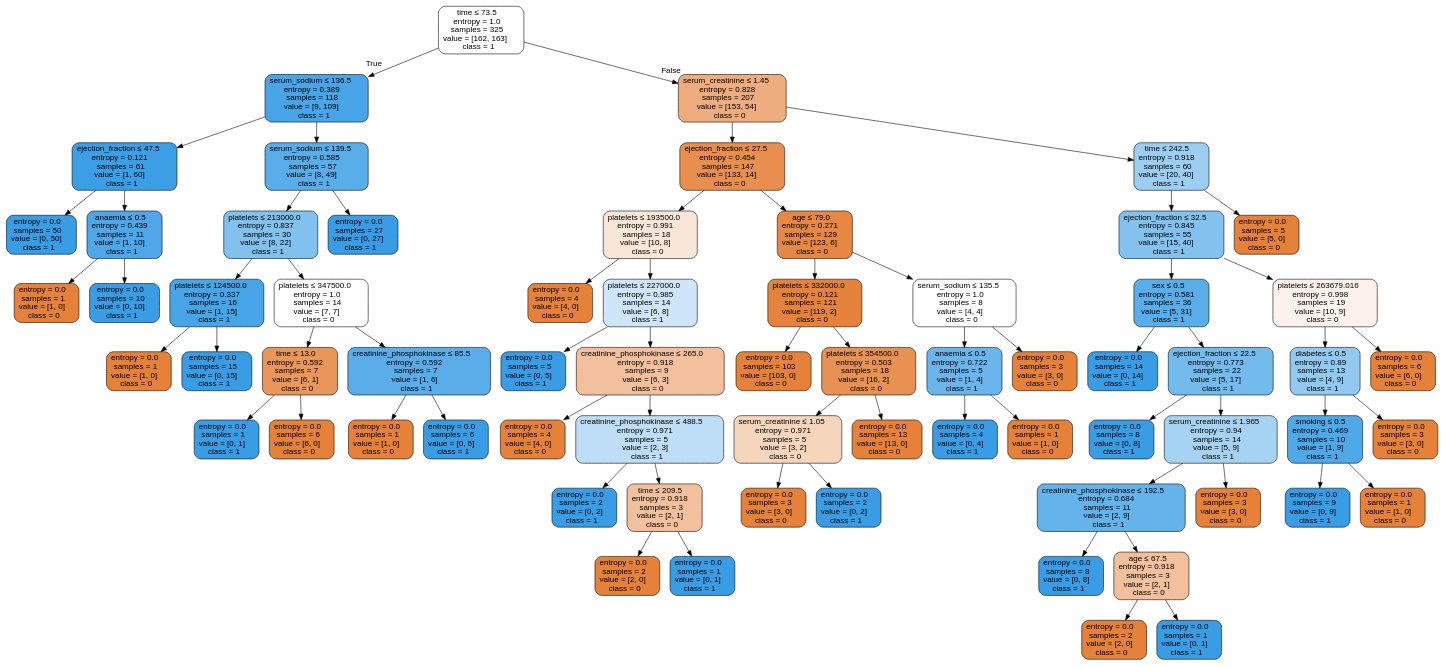
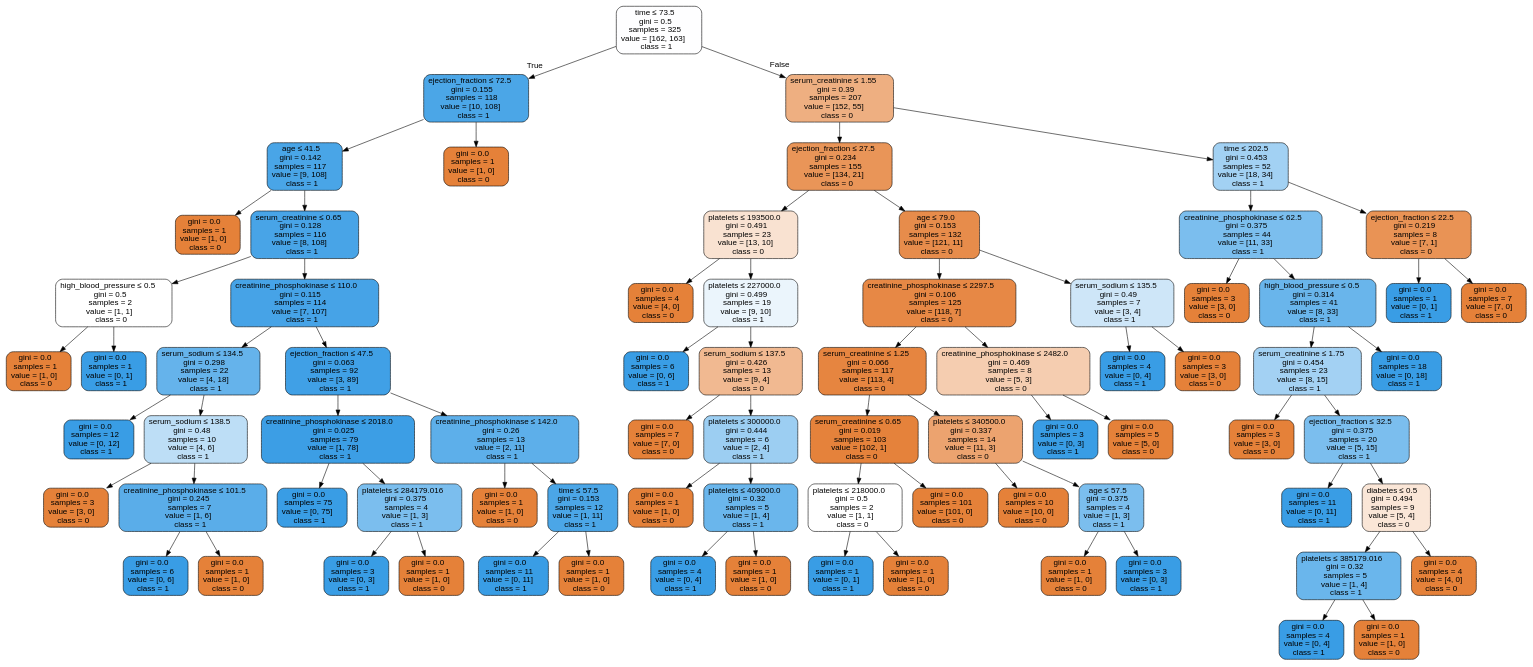
The diagram in Labs/NewClassifiers/Results/DecisionTrees/SMOTE/First/HFCR - SMOTE - dtree.dot (isabelSoares/CD-2021), drawn with Graphviz before and after one commit. The commit also changed 206 other files, not shown here.

```diff
--- a/Labs/NewClassifiers/Results/DecisionTrees/SMOTE/First/HFCR - SMOTE - dtree.dot
+++ b/Labs/NewClassifiers/Results/DecisionTrees/SMOTE/First/HFCR - SMOTE - dtree.dot
@@ -1,137 +1,157 @@
 digraph Tree {
 node [shape=box, style="filled, rounded", color="black", fontname=helvetica] ;
 edge [fontname=helvetica] ;
-0 [label=<time &le; 73.5<br/>entropy = 1.0<br/>samples = 325<br/>value = [162, 163]<br/>class = 1>, fillcolor="#fefeff"] ;
-1 [label=<serum_sodium &le; 136.5<br/>entropy = 0.389<br/>samples = 118<br/>value = [9, 109]<br/>class = 1>, fillcolor="#49a5e7"] ;
+0 [label=<time &le; 73.5<br/>gini = 0.5<br/>samples = 325<br/>value = [162, 163]<br/>class = 1>, fillcolor="#fefeff"] ;
+1 [label=<ejection_fraction &le; 72.5<br/>gini = 0.155<br/>samples = 118<br/>value = [10, 108]<br/>class = 1>, fillcolor="#4ba6e7"] ;
 0 -> 1 [labeldistance=2.5, labelangle=45, headlabel="True"] ;
-2 [label=<ejection_fraction &le; 47.5<br/>entropy = 0.121<br/>samples = 61<br/>value = [1, 60]<br/>class = 1>, fillcolor="#3c9fe5"] ;
+2 [label=<age &le; 41.5<br/>gini = 0.142<br/>samples = 117<br/>value = [9, 108]<br/>class = 1>, fillcolor="#49a5e7"] ;
 1 -> 2 ;
-3 [label=<entropy = 0.0<br/>samples = 50<br/>value = [0, 50]<br/>class = 1>, fillcolor="#399de5"] ;
+3 [label=<gini = 0.0<br/>samples = 1<br/>value = [1, 0]<br/>class = 0>, fillcolor="#e58139"] ;
 2 -> 3 ;
-4 [label=<anaemia &le; 0.5<br/>entropy = 0.439<br/>samples = 11<br/>value = [1, 10]<br/>class = 1>, fillcolor="#4da7e8"] ;
+4 [label=<serum_creatinine &le; 0.65<br/>gini = 0.128<br/>samples = 116<br/>value = [8, 108]<br/>class = 1>, fillcolor="#48a4e7"] ;
 2 -> 4 ;
-5 [label=<entropy = 0.0<br/>samples = 1<br/>value = [1, 0]<br/>class = 0>, fillcolor="#e58139"] ;
+5 [label=<high_blood_pressure &le; 0.5<br/>gini = 0.5<br/>samples = 2<br/>value = [1, 1]<br/>class = 0>, fillcolor="#ffffff"] ;
 4 -> 5 ;
-6 [label=<entropy = 0.0<br/>samples = 10<br/>value = [0, 10]<br/>class = 1>, fillcolor="#399de5"] ;
-4 -> 6 ;
-7 [label=<serum_sodium &le; 139.5<br/>entropy = 0.585<br/>samples = 57<br/>value = [8, 49]<br/>class = 1>, fillcolor="#59ade9"] ;
-1 -> 7 ;
-8 [label=<platelets &le; 213000.0<br/>entropy = 0.837<br/>samples = 30<br/>value = [8, 22]<br/>class = 1>, fillcolor="#81c1ee"] ;
-7 -> 8 ;
-9 [label=<platelets &le; 124500.0<br/>entropy = 0.337<br/>samples = 16<br/>value = [1, 15]<br/>class = 1>, fillcolor="#46a4e7"] ;
+6 [label=<gini = 0.0<br/>samples = 1<br/>value = [1, 0]<br/>class = 0>, fillcolor="#e58139"] ;
+5 -> 6 ;
+7 [label=<gini = 0.0<br/>samples = 1<br/>value = [0, 1]<br/>class = 1>, fillcolor="#399de5"] ;
+5 -> 7 ;
+8 [label=<creatinine_phosphokinase &le; 110.0<br/>gini = 0.115<br/>samples = 114<br/>value = [7, 107]<br/>class = 1>, fillcolor="#46a3e7"] ;
+4 -> 8 ;
+9 [label=<serum_sodium &le; 134.5<br/>gini = 0.298<br/>samples = 22<br/>value = [4, 18]<br/>class = 1>, fillcolor="#65b3eb"] ;
 8 -> 9 ;
-10 [label=<entropy = 0.0<br/>samples = 1<br/>value = [1, 0]<br/>class = 0>, fillcolor="#e58139"] ;
+10 [label=<gini = 0.0<br/>samples = 12<br/>value = [0, 12]<br/>class = 1>, fillcolor="#399de5"] ;
 9 -> 10 ;
-11 [label=<entropy = 0.0<br/>samples = 15<br/>value = [0, 15]<br/>class = 1>, fillcolor="#399de5"] ;
+11 [label=<serum_sodium &le; 138.5<br/>gini = 0.48<br/>samples = 10<br/>value = [4, 6]<br/>class = 1>, fillcolor="#bddef6"] ;
 9 -> 11 ;
-12 [label=<platelets &le; 347500.0<br/>entropy = 1.0<br/>samples = 14<br/>value = [7, 7]<br/>class = 0>, fillcolor="#ffffff"] ;
-8 -> 12 ;
-13 [label=<time &le; 13.0<br/>entropy = 0.592<br/>samples = 7<br/>value = [6, 1]<br/>class = 0>, fillcolor="#e9965a"] ;
-12 -> 13 ;
-14 [label=<entropy = 0.0<br/>samples = 1<br/>value = [0, 1]<br/>class = 1>, fillcolor="#399de5"] ;
+12 [label=<gini = 0.0<br/>samples = 3<br/>value = [3, 0]<br/>class = 0>, fillcolor="#e58139"] ;
+11 -> 12 ;
+13 [label=<creatinine_phosphokinase &le; 101.5<br/>gini = 0.245<br/>samples = 7<br/>value = [1, 6]<br/>class = 1>, fillcolor="#5aade9"] ;
+11 -> 13 ;
+14 [label=<gini = 0.0<br/>samples = 6<br/>value = [0, 6]<br/>class = 1>, fillcolor="#399de5"] ;
 13 -> 14 ;
-15 [label=<entropy = 0.0<br/>samples = 6<br/>value = [6, 0]<br/>class = 0>, fillcolor="#e58139"] ;
+15 [label=<gini = 0.0<br/>samples = 1<br/>value = [1, 0]<br/>class = 0>, fillcolor="#e58139"] ;
 13 -> 15 ;
-16 [label=<creatinine_phosphokinase &le; 85.5<br/>entropy = 0.592<br/>samples = 7<br/>value = [1, 6]<br/>class = 1>, fillcolor="#5aade9"] ;
-12 -> 16 ;
-17 [label=<entropy = 0.0<br/>samples = 1<br/>value = [1, 0]<br/>class = 0>, fillcolor="#e58139"] ;
+16 [label=<ejection_fraction &le; 47.5<br/>gini = 0.063<br/>samples = 92<br/>value = [3, 89]<br/>class = 1>, fillcolor="#40a0e6"] ;
+8 -> 16 ;
+17 [label=<creatinine_phosphokinase &le; 2018.0<br/>gini = 0.025<br/>samples = 79<br/>value = [1, 78]<br/>class = 1>, fillcolor="#3c9ee5"] ;
 16 -> 17 ;
-18 [label=<entropy = 0.0<br/>samples = 6<br/>value = [0, 6]<br/>class = 1>, fillcolor="#399de5"] ;
-16 -> 18 ;
-19 [label=<entropy = 0.0<br/>samples = 27<br/>value = [0, 27]<br/>class = 1>, fillcolor="#399de5"] ;
-7 -> 19 ;
-20 [label=<serum_creatinine &le; 1.45<br/>entropy = 0.828<br/>samples = 207<br/>value = [153, 54]<br/>class = 0>, fillcolor="#eead7f"] ;
-0 -> 20 [labeldistance=2.5, labelangle=-45, headlabel="False"] ;
-21 [label=<ejection_fraction &le; 27.5<br/>entropy = 0.454<br/>samples = 147<br/>value = [133, 14]<br/>class = 0>, fillcolor="#e88e4e"] ;
-20 -> 21 ;
-22 [label=<platelets &le; 193500.0<br/>entropy = 0.991<br/>samples = 18<br/>value = [10, 8]<br/>class = 0>, fillcolor="#fae6d7"] ;
-21 -> 22 ;
-23 [label=<entropy = 0.0<br/>samples = 4<br/>value = [4, 0]<br/>class = 0>, fillcolor="#e58139"] ;
+18 [label=<gini = 0.0<br/>samples = 75<br/>value = [0, 75]<br/>class = 1>, fillcolor="#399de5"] ;
+17 -> 18 ;
+19 [label=<platelets &le; 284179.016<br/>gini = 0.375<br/>samples = 4<br/>value = [1, 3]<br/>class = 1>, fillcolor="#7bbeee"] ;
+17 -> 19 ;
+20 [label=<gini = 0.0<br/>samples = 3<br/>value = [0, 3]<br/>class = 1>, fillcolor="#399de5"] ;
+19 -> 20 ;
+21 [label=<gini = 0.0<br/>samples = 1<br/>value = [1, 0]<br/>class = 0>, fillcolor="#e58139"] ;
+19 -> 21 ;
+22 [label=<creatinine_phosphokinase &le; 142.0<br/>gini = 0.26<br/>samples = 13<br/>value = [2, 11]<br/>class = 1>, fillcolor="#5dafea"] ;
+16 -> 22 ;
+23 [label=<gini = 0.0<br/>samples = 1<br/>value = [1, 0]<br/>class = 0>, fillcolor="#e58139"] ;
 22 -> 23 ;
-24 [label=<platelets &le; 227000.0<br/>entropy = 0.985<br/>samples = 14<br/>value = [6, 8]<br/>class = 1>, fillcolor="#cee6f8"] ;
+24 [label=<time &le; 57.5<br/>gini = 0.153<br/>samples = 12<br/>value = [1, 11]<br/>class = 1>, fillcolor="#4ba6e7"] ;
 22 -> 24 ;
-25 [label=<entropy = 0.0<br/>samples = 5<br/>value = [0, 5]<br/>class = 1>, fillcolor="#399de5"] ;
+25 [label=<gini = 0.0<br/>samples = 11<br/>value = [0, 11]<br/>class = 1>, fillcolor="#399de5"] ;
 24 -> 25 ;
-26 [label=<creatinine_phosphokinase &le; 265.0<br/>entropy = 0.918<br/>samples = 9<br/>value = [6, 3]<br/>class = 0>, fillcolor="#f2c09c"] ;
+26 [label=<gini = 0.0<br/>samples = 1<br/>value = [1, 0]<br/>class = 0>, fillcolor="#e58139"] ;
 24 -> 26 ;
-27 [label=<entropy = 0.0<br/>samples = 4<br/>value = [4, 0]<br/>class = 0>, fillcolor="#e58139"] ;
-26 -> 27 ;
-28 [label=<creatinine_phosphokinase &le; 488.5<br/>entropy = 0.971<br/>samples = 5<br/>value = [2, 3]<br/>class = 1>, fillcolor="#bddef6"] ;
-26 -> 28 ;
-29 [label=<entropy = 0.0<br/>samples = 2<br/>value = [0, 2]<br/>class = 1>, fillcolor="#399de5"] ;
+27 [label=<gini = 0.0<br/>samples = 1<br/>value = [1, 0]<br/>class = 0>, fillcolor="#e58139"] ;
+1 -> 27 ;
+28 [label=<serum_creatinine &le; 1.55<br/>gini = 0.39<br/>samples = 207<br/>value = [152, 55]<br/>class = 0>, fillcolor="#eeaf81"] ;
+0 -> 28 [labeldistance=2.5, labelangle=-45, headlabel="False"] ;
+29 [label=<ejection_fraction &le; 27.5<br/>gini = 0.234<br/>samples = 155<br/>value = [134, 21]<br/>class = 0>, fillcolor="#e99558"] ;
 28 -> 29 ;
-30 [label=<time &le; 209.5<br/>entropy = 0.918<br/>samples = 3<br/>value = [2, 1]<br/>class = 0>, fillcolor="#f2c09c"] ;
-28 -> 30 ;
-31 [label=<entropy = 0.0<br/>samples = 2<br/>value = [2, 0]<br/>class = 0>, fillcolor="#e58139"] ;
+30 [label=<platelets &le; 193500.0<br/>gini = 0.491<br/>samples = 23<br/>value = [13, 10]<br/>class = 0>, fillcolor="#f9e2d1"] ;
+29 -> 30 ;
+31 [label=<gini = 0.0<br/>samples = 4<br/>value = [4, 0]<br/>class = 0>, fillcolor="#e58139"] ;
 30 -> 31 ;
-32 [label=<entropy = 0.0<br/>samples = 1<br/>value = [0, 1]<br/>class = 1>, fillcolor="#399de5"] ;
+32 [label=<platelets &le; 227000.0<br/>gini = 0.499<br/>samples = 19<br/>value = [9, 10]<br/>class = 1>, fillcolor="#ebf5fc"] ;
 30 -> 32 ;
-33 [label=<age &le; 79.0<br/>entropy = 0.271<br/>samples = 129<br/>value = [123, 6]<br/>class = 0>, fillcolor="#e68743"] ;
-21 -> 33 ;
-34 [label=<platelets &le; 332000.0<br/>entropy = 0.121<br/>samples = 121<br/>value = [119, 2]<br/>class = 0>, fillcolor="#e5833c"] ;
-33 -> 34 ;
-35 [label=<entropy = 0.0<br/>samples = 103<br/>value = [103, 0]<br/>class = 0>, fillcolor="#e58139"] ;
+33 [label=<gini = 0.0<br/>samples = 6<br/>value = [0, 6]<br/>class = 1>, fillcolor="#399de5"] ;
+32 -> 33 ;
+34 [label=<serum_sodium &le; 137.5<br/>gini = 0.426<br/>samples = 13<br/>value = [9, 4]<br/>class = 0>, fillcolor="#f1b991"] ;
+32 -> 34 ;
+35 [label=<gini = 0.0<br/>samples = 7<br/>value = [7, 0]<br/>class = 0>, fillcolor="#e58139"] ;
 34 -> 35 ;
-36 [label=<platelets &le; 354500.0<br/>entropy = 0.503<br/>samples = 18<br/>value = [16, 2]<br/>class = 0>, fillcolor="#e89152"] ;
+36 [label=<platelets &le; 300000.0<br/>gini = 0.444<br/>samples = 6<br/>value = [2, 4]<br/>class = 1>, fillcolor="#9ccef2"] ;
 34 -> 36 ;
-37 [label=<serum_creatinine &le; 1.05<br/>entropy = 0.971<br/>samples = 5<br/>value = [3, 2]<br/>class = 0>, fillcolor="#f6d5bd"] ;
+37 [label=<gini = 0.0<br/>samples = 1<br/>value = [1, 0]<br/>class = 0>, fillcolor="#e58139"] ;
 36 -> 37 ;
-38 [label=<entropy = 0.0<br/>samples = 3<br/>value = [3, 0]<br/>class = 0>, fillcolor="#e58139"] ;
-37 -> 38 ;
-39 [label=<entropy = 0.0<br/>samples = 2<br/>value = [0, 2]<br/>class = 1>, fillcolor="#399de5"] ;
-37 -> 39 ;
-40 [label=<entropy = 0.0<br/>samples = 13<br/>value = [13, 0]<br/>class = 0>, fillcolor="#e58139"] ;
-36 -> 40 ;
-41 [label=<serum_sodium &le; 135.5<br/>entropy = 1.0<br/>samples = 8<br/>value = [4, 4]<br/>class = 0>, fillcolor="#ffffff"] ;
-33 -> 41 ;
-42 [label=<anaemia &le; 0.5<br/>entropy = 0.722<br/>samples = 5<br/>value = [1, 4]<br/>class = 1>, fillcolor="#6ab6ec"] ;
+38 [label=<platelets &le; 409000.0<br/>gini = 0.32<br/>samples = 5<br/>value = [1, 4]<br/>class = 1>, fillcolor="#6ab6ec"] ;
+36 -> 38 ;
+39 [label=<gini = 0.0<br/>samples = 4<br/>value = [0, 4]<br/>class = 1>, fillcolor="#399de5"] ;
+38 -> 39 ;
+40 [label=<gini = 0.0<br/>samples = 1<br/>value = [1, 0]<br/>class = 0>, fillcolor="#e58139"] ;
+38 -> 40 ;
+41 [label=<age &le; 79.0<br/>gini = 0.153<br/>samples = 132<br/>value = [121, 11]<br/>class = 0>, fillcolor="#e78c4b"] ;
+29 -> 41 ;
+42 [label=<creatinine_phosphokinase &le; 2297.5<br/>gini = 0.106<br/>samples = 125<br/>value = [118, 7]<br/>class = 0>, fillcolor="#e78845"] ;
 41 -> 42 ;
-43 [label=<entropy = 0.0<br/>samples = 4<br/>value = [0, 4]<br/>class = 1>, fillcolor="#399de5"] ;
+43 [label=<serum_creatinine &le; 1.25<br/>gini = 0.066<br/>samples = 117<br/>value = [113, 4]<br/>class = 0>, fillcolor="#e68540"] ;
 42 -> 43 ;
-44 [label=<entropy = 0.0<br/>samples = 1<br/>value = [1, 0]<br/>class = 0>, fillcolor="#e58139"] ;
-42 -> 44 ;
-45 [label=<entropy = 0.0<br/>samples = 3<br/>value = [3, 0]<br/>class = 0>, fillcolor="#e58139"] ;
-41 -> 45 ;
-46 [label=<time &le; 242.5<br/>entropy = 0.918<br/>samples = 60<br/>value = [20, 40]<br/>class = 1>, fillcolor="#9ccef2"] ;
-20 -> 46 ;
-47 [label=<ejection_fraction &le; 32.5<br/>entropy = 0.845<br/>samples = 55<br/>value = [15, 40]<br/>class = 1>, fillcolor="#83c2ef"] ;
-46 -> 47 ;
-48 [label=<sex &le; 0.5<br/>entropy = 0.581<br/>samples = 36<br/>value = [5, 31]<br/>class = 1>, fillcolor="#59ade9"] ;
-47 -> 48 ;
-49 [label=<entropy = 0.0<br/>samples = 14<br/>value = [0, 14]<br/>class = 1>, fillcolor="#399de5"] ;
-48 -> 49 ;
-50 [label=<ejection_fraction &le; 22.5<br/>entropy = 0.773<br/>samples = 22<br/>value = [5, 17]<br/>class = 1>, fillcolor="#73baed"] ;
-48 -> 50 ;
-51 [label=<entropy = 0.0<br/>samples = 8<br/>value = [0, 8]<br/>class = 1>, fillcolor="#399de5"] ;
-50 -> 51 ;
-52 [label=<serum_creatinine &le; 1.965<br/>entropy = 0.94<br/>samples = 14<br/>value = [5, 9]<br/>class = 1>, fillcolor="#a7d3f3"] ;
-50 -> 52 ;
-53 [label=<creatinine_phosphokinase &le; 192.5<br/>entropy = 0.684<br/>samples = 11<br/>value = [2, 9]<br/>class = 1>, fillcolor="#65b3eb"] ;
-52 -> 53 ;
-54 [label=<entropy = 0.0<br/>samples = 8<br/>value = [0, 8]<br/>class = 1>, fillcolor="#399de5"] ;
-53 -> 54 ;
-55 [label=<age &le; 67.5<br/>entropy = 0.918<br/>samples = 3<br/>value = [2, 1]<br/>class = 0>, fillcolor="#f2c09c"] ;
-53 -> 55 ;
-56 [label=<entropy = 0.0<br/>samples = 2<br/>value = [2, 0]<br/>class = 0>, fillcolor="#e58139"] ;
-55 -> 56 ;
-57 [label=<entropy = 0.0<br/>samples = 1<br/>value = [0, 1]<br/>class = 1>, fillcolor="#399de5"] ;
-55 -> 57 ;
-58 [label=<entropy = 0.0<br/>samples = 3<br/>value = [3, 0]<br/>class = 0>, fillcolor="#e58139"] ;
-52 -> 58 ;
-59 [label=<platelets &le; 263679.016<br/>entropy = 0.998<br/>samples = 19<br/>value = [10, 9]<br/>class = 0>, fillcolor="#fcf2eb"] ;
-47 -> 59 ;
-60 [label=<diabetes &le; 0.5<br/>entropy = 0.89<br/>samples = 13<br/>value = [4, 9]<br/>class = 1>, fillcolor="#91c9f1"] ;
-59 -> 60 ;
-61 [label=<smoking &le; 0.5<br/>entropy = 0.469<br/>samples = 10<br/>value = [1, 9]<br/>class = 1>, fillcolor="#4fa8e8"] ;
+44 [label=<serum_creatinine &le; 0.65<br/>gini = 0.019<br/>samples = 103<br/>value = [102, 1]<br/>class = 0>, fillcolor="#e5823b"] ;
+43 -> 44 ;
+45 [label=<platelets &le; 218000.0<br/>gini = 0.5<br/>samples = 2<br/>value = [1, 1]<br/>class = 0>, fillcolor="#ffffff"] ;
+44 -> 45 ;
+46 [label=<gini = 0.0<br/>samples = 1<br/>value = [0, 1]<br/>class = 1>, fillcolor="#399de5"] ;
+45 -> 46 ;
+47 [label=<gini = 0.0<br/>samples = 1<br/>value = [1, 0]<br/>class = 0>, fillcolor="#e58139"] ;
+45 -> 47 ;
+48 [label=<gini = 0.0<br/>samples = 101<br/>value = [101, 0]<br/>class = 0>, fillcolor="#e58139"] ;
+44 -> 48 ;
+49 [label=<platelets &le; 340500.0<br/>gini = 0.337<br/>samples = 14<br/>value = [11, 3]<br/>class = 0>, fillcolor="#eca36f"] ;
+43 -> 49 ;
+50 [label=<gini = 0.0<br/>samples = 10<br/>value = [10, 0]<br/>class = 0>, fillcolor="#e58139"] ;
+49 -> 50 ;
+51 [label=<age &le; 57.5<br/>gini = 0.375<br/>samples = 4<br/>value = [1, 3]<br/>class = 1>, fillcolor="#7bbeee"] ;
+49 -> 51 ;
+52 [label=<gini = 0.0<br/>samples = 1<br/>value = [1, 0]<br/>class = 0>, fillcolor="#e58139"] ;
+51 -> 52 ;
+53 [label=<gini = 0.0<br/>samples = 3<br/>value = [0, 3]<br/>class = 1>, fillcolor="#399de5"] ;
+51 -> 53 ;
+54 [label=<creatinine_phosphokinase &le; 2482.0<br/>gini = 0.469<br/>samples = 8<br/>value = [5, 3]<br/>class = 0>, fillcolor="#f5cdb0"] ;
+42 -> 54 ;
+55 [label=<gini = 0.0<br/>samples = 3<br/>value = [0, 3]<br/>class = 1>, fillcolor="#399de5"] ;
+54 -> 55 ;
+56 [label=<gini = 0.0<br/>samples = 5<br/>value = [5, 0]<br/>class = 0>, fillcolor="#e58139"] ;
+54 -> 56 ;
+57 [label=<serum_sodium &le; 135.5<br/>gini = 0.49<br/>samples = 7<br/>value = [3, 4]<br/>class = 1>, fillcolor="#cee6f8"] ;
+41 -> 57 ;
+58 [label=<gini = 0.0<br/>samples = 4<br/>value = [0, 4]<br/>class = 1>, fillcolor="#399de5"] ;
+57 -> 58 ;
+59 [label=<gini = 0.0<br/>samples = 3<br/>value = [3, 0]<br/>class = 0>, fillcolor="#e58139"] ;
+57 -> 59 ;
+60 [label=<time &le; 202.5<br/>gini = 0.453<br/>samples = 52<br/>value = [18, 34]<br/>class = 1>, fillcolor="#a2d1f3"] ;
+28 -> 60 ;
+61 [label=<creatinine_phosphokinase &le; 62.5<br/>gini = 0.375<br/>samples = 44<br/>value = [11, 33]<br/>class = 1>, fillcolor="#7bbeee"] ;
 60 -> 61 ;
-62 [label=<entropy = 0.0<br/>samples = 9<br/>value = [0, 9]<br/>class = 1>, fillcolor="#399de5"] ;
+62 [label=<gini = 0.0<br/>samples = 3<br/>value = [3, 0]<br/>class = 0>, fillcolor="#e58139"] ;
 61 -> 62 ;
-63 [label=<entropy = 0.0<br/>samples = 1<br/>value = [1, 0]<br/>class = 0>, fillcolor="#e58139"] ;
+63 [label=<high_blood_pressure &le; 0.5<br/>gini = 0.314<br/>samples = 41<br/>value = [8, 33]<br/>class = 1>, fillcolor="#69b5eb"] ;
 61 -> 63 ;
-64 [label=<entropy = 0.0<br/>samples = 3<br/>value = [3, 0]<br/>class = 0>, fillcolor="#e58139"] ;
-60 -> 64 ;
-65 [label=<entropy = 0.0<br/>samples = 6<br/>value = [6, 0]<br/>class = 0>, fillcolor="#e58139"] ;
-59 -> 65 ;
-66 [label=<entropy = 0.0<br/>samples = 5<br/>value = [5, 0]<br/>class = 0>, fillcolor="#e58139"] ;
-46 -> 66 ;
+64 [label=<serum_creatinine &le; 1.75<br/>gini = 0.454<br/>samples = 23<br/>value = [8, 15]<br/>class = 1>, fillcolor="#a3d1f3"] ;
+63 -> 64 ;
+65 [label=<gini = 0.0<br/>samples = 3<br/>value = [3, 0]<br/>class = 0>, fillcolor="#e58139"] ;
+64 -> 65 ;
+66 [label=<ejection_fraction &le; 32.5<br/>gini = 0.375<br/>samples = 20<br/>value = [5, 15]<br/>class = 1>, fillcolor="#7bbeee"] ;
+64 -> 66 ;
+67 [label=<gini = 0.0<br/>samples = 11<br/>value = [0, 11]<br/>class = 1>, fillcolor="#399de5"] ;
+66 -> 67 ;
+68 [label=<diabetes &le; 0.5<br/>gini = 0.494<br/>samples = 9<br/>value = [5, 4]<br/>class = 0>, fillcolor="#fae6d7"] ;
+66 -> 68 ;
+69 [label=<platelets &le; 385179.016<br/>gini = 0.32<br/>samples = 5<br/>value = [1, 4]<br/>class = 1>, fillcolor="#6ab6ec"] ;
+68 -> 69 ;
+70 [label=<gini = 0.0<br/>samples = 4<br/>value = [0, 4]<br/>class = 1>, fillcolor="#399de5"] ;
+69 -> 70 ;
+71 [label=<gini = 0.0<br/>samples = 1<br/>value = [1, 0]<br/>class = 0>, fillcolor="#e58139"] ;
+69 -> 71 ;
+72 [label=<gini = 0.0<br/>samples = 4<br/>value = [4, 0]<br/>class = 0>, fillcolor="#e58139"] ;
+68 -> 72 ;
+73 [label=<gini = 0.0<br/>samples = 18<br/>value = [0, 18]<br/>class = 1>, fillcolor="#399de5"] ;
+63 -> 73 ;
+74 [label=<ejection_fraction &le; 22.5<br/>gini = 0.219<br/>samples = 8<br/>value = [7, 1]<br/>class = 0>, fillcolor="#e99355"] ;
+60 -> 74 ;
+75 [label=<gini = 0.0<br/>samples = 1<br/>value = [0, 1]<br/>class = 1>, fillcolor="#399de5"] ;
+74 -> 75 ;
+76 [label=<gini = 0.0<br/>samples = 7<br/>value = [7, 0]<br/>class = 0>, fillcolor="#e58139"] ;
+74 -> 76 ;
 }
```
